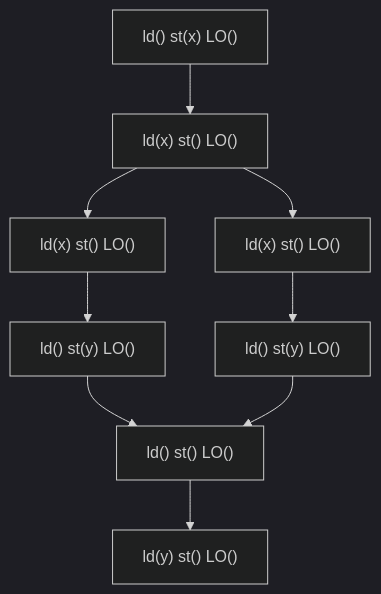
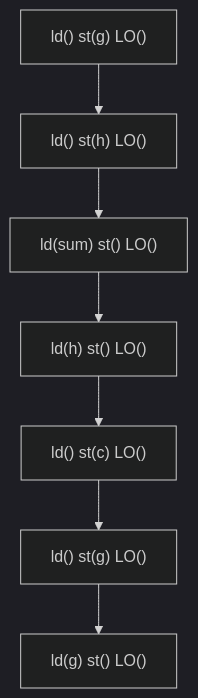
One commit to Yosshi999/ARCGolfVisualizer changed the fifth of 5 diagrams in zlib_optimizer/graph.md. Above: the diagram before and after it, drawn with Mermaid (dark theme). The commit also changed other lines of this file and 1 other file, not shown here.

````diff
--- a/zlib_optimizer/graph.md
+++ b/zlib_optimizer/graph.md
@@ -19,19 +60,16 @@
 ```mermaid
 graph TB
-  N2778282055184["ld() st(x) LO()"]
-  N2778282055184 --> N2778282055696
-  N2778282055696["ld(x) st() LO()"]
-  N2778282055696 --> N2778282056144
-  N2778282056144["ld(x) st() LO()"]
-  N2778282056144 --> N2778282056400
-  N2778282056400["ld() st(y) LO()"]
-  N2778282056400 --> N2778282057296
-  N2778282057296["ld() st() LO()"]
-  N2778282057296 --> N2778282057488
-  N2778282057488["ld(y) st() LO()"]
-  N2778282055696 --> N2778282056976
-  N2778282056976["ld(x) st() LO()"]
-  N2778282056976 --> N2778282057168
-  N2778282057168["ld() st(y) LO()"]
-  N2778282057168 --> N2778282057296
+  N2209906866320["ld() st(g) LO()"]
+  N2209906866320 --> N2209906868112
+  N2209906868112["ld() st(h) LO()"]
+  N2209906868112 --> N2209906903504
+  N2209906903504["ld(sum) st() LO()"]
+  N2209906903504 --> N2209906903952
+  N2209906903952["ld(h) st() LO()"]
+  N2209906903952 --> N2209906904592
+  N2209906904592["ld() st(c) LO()"]
+  N2209906904592 --> N2209906903568
+  N2209906903568["ld() st(g) LO()"]
+  N2209906903568 --> N2209906901520
+  N2209906901520["ld(g) st() LO()"]
 ```
````
